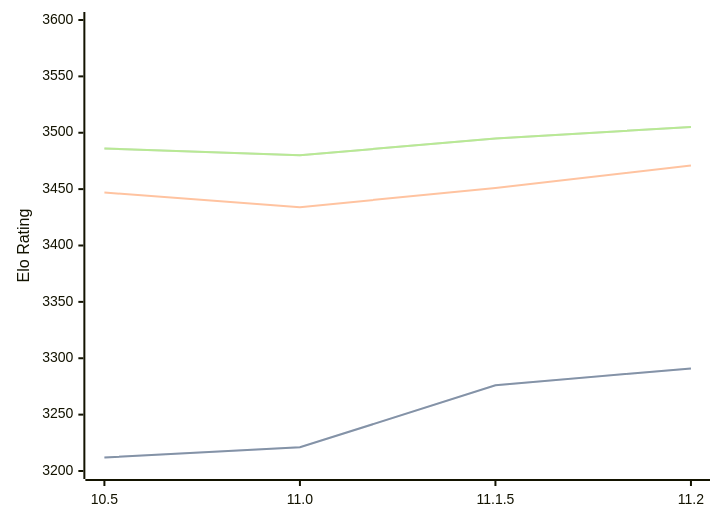
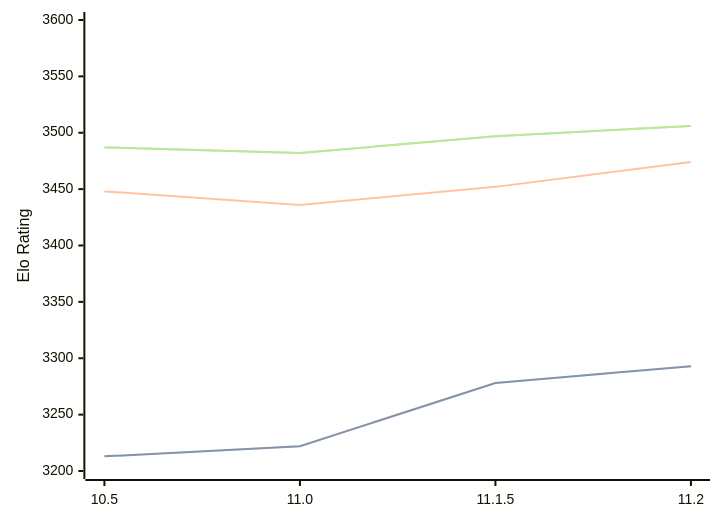
One commit to computer-chess-index/cci changed the diagram in engines/Lizard.md. Above: the diagram before and after it, drawn with Mermaid. The commit also changed other lines of this file, not shown here.

Commit message:
Update CCI Ratings (ELO VLTC) - 2026-08-09

````diff
--- a/engines/Lizard.md
+++ b/engines/Lizard.md
@@ -34,11 +34,11 @@
 ```mermaid
 %%{init: {"theme":"base","themeVariables":{"seriesColors:['#a3a3a3','#222221','#faa371']}}}%%
 xychart-beta
   x-axis ["10.5", "11.0", "11.1.5", "11.2"]
   y-axis "Elo Rating" 3200 --> 3600
-  line "STC (8.0+0.08s)" [3212, 3221, 3276, 3291]
-  line "STC (8.0+0.08s)" [3212, 3221, 3276, 3291]
-  line "LTC (60.0+0.60s)" [3447, 3434, 3451, 3471]
-  line "VLTC (2m24s+1.12s)" [3486, 3480, 3495, 3505]
-  line "VLTC (2m24s+1.12s)" [3486, 3480, 3495, 3505]
+  line "STC (8.0+0.08s)" [3213, 3222, 3278, 3293]
+  line "STC (8.0+0.08s)" [3213, 3222, 3278, 3293]
+  line "LTC (60.0+0.60s)" [3448, 3436, 3452, 3474]
+  line "VLTC (2m24s+1.12s)" [3487, 3482, 3497, 3506]
+  line "VLTC (2m24s+1.12s)" [3487, 3482, 3497, 3506]
 ```
````
